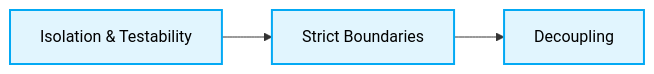
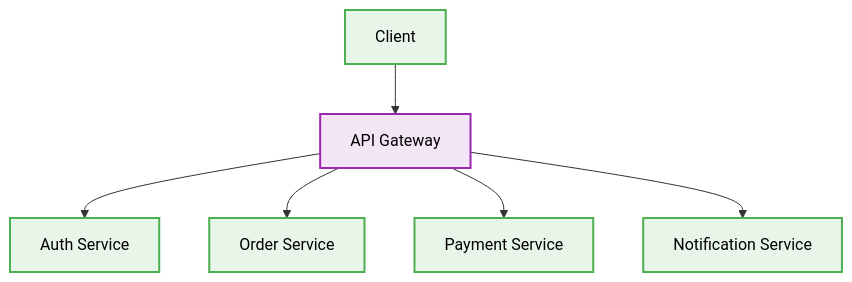
The diagram in architectures/microservices/readme.md (beginwebdev2002/best-practise), drawn with Mermaid before and after one commit. The commit also changed other lines of this file and 16 other files, not shown here.

Commit message:
docs(arch): autonomous evolution of architecture blueprints

````diff
--- a/architectures/microservices/readme.md
+++ b/architectures/microservices/readme.md
@@ -53,7 +44,20 @@
 ```mermaid
-graph LR
-    A[Isolation & Testability] --> B[Strict Boundaries]
-    B --> C[Decoupling]
+graph TD
+    Client --> Gateway[API Gateway]
+    Gateway --> Auth[Auth Service]
+    Gateway --> Order[Order Service]
+    Gateway --> Pay[Payment Service]
+    Gateway --> Notif[Notification Service]
+
+    %% Added Design Token Styles for Mermaid Diagrams
     classDef default fill:#e1f5fe,stroke:#03a9f4,stroke-width:2px,color:#000;
-    class A,B,C default;
+    classDef component fill:#e8f5e9,stroke:#4caf50,stroke-width:2px,color:#000;
+    classDef layout fill:#f3e5f5,stroke:#9c27b0,stroke-width:2px,color:#000;
+
+    class Order component;
+    class Client component;
+    class Auth component;
+    class Notif component;
+    class Gateway layout;
+    class Pay component;
 ```
````
